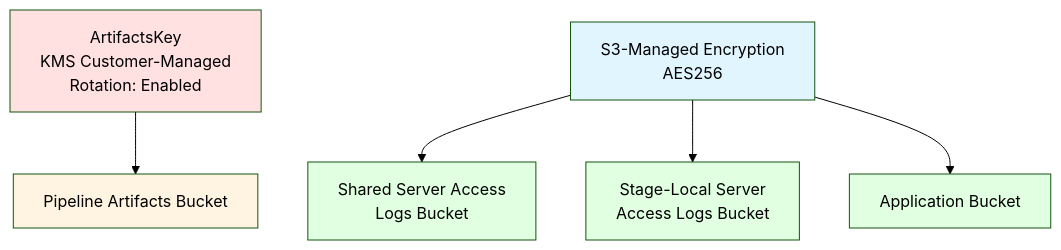
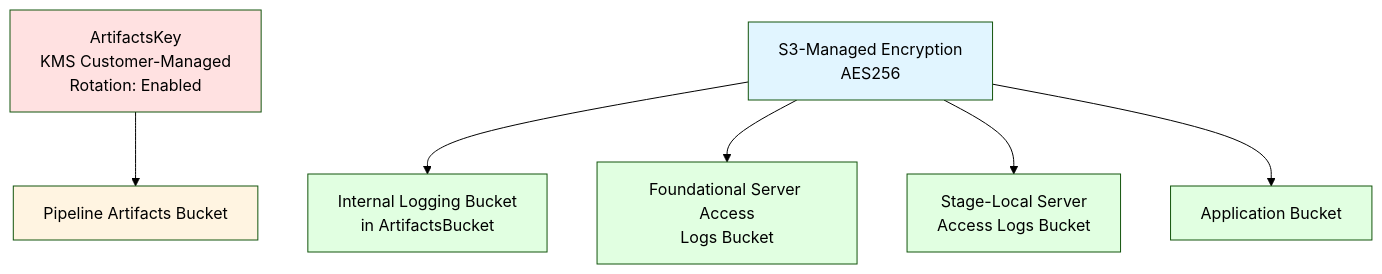
Before and after one commit to tramaine-codes/aws-cdk-delivery-patterns: the fourth of 9 diagrams in docs/diagrams.md, drawn with Mermaid (forest theme). The commit also changed other lines of this file and 15 other files, not shown here.

First line of the commit message:
refactor: move foundational stacks into pipeline-managed stage

````diff
--- a/docs/diagrams.md
+++ b/docs/diagrams.md
@@ -73,14 +88,16 @@
 ```mermaid
 graph TD
     A[ArtifactsKey<br/>KMS Customer-Managed<br/>Rotation: Enabled] --> B[Pipeline Artifacts Bucket]
-    C[S3-Managed Encryption<br/>AES256] --> D[Shared Server Access<br/>Logs Bucket]
-    C --> E[Stage-Local Server<br/>Access Logs Bucket]
-    C --> F[Application Bucket]
-    
+    C[S3-Managed Encryption<br/>AES256] --> D[Internal Logging Bucket<br/>in ArtifactsBucket]
+    C --> E[Foundational Server Access<br/>Logs Bucket]
+    C --> F[Stage-Local Server<br/>Access Logs Bucket]
+    C --> G[Application Bucket]
+
     style A fill:#ffe1e1
     style B fill:#fff4e1
     style C fill:#e1f5ff
     style D fill:#e1ffe1
     style E fill:#e1ffe1
     style F fill:#e1ffe1
+    style G fill:#e1ffe1
 ```
````
